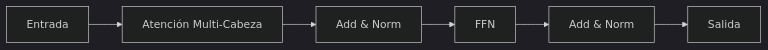
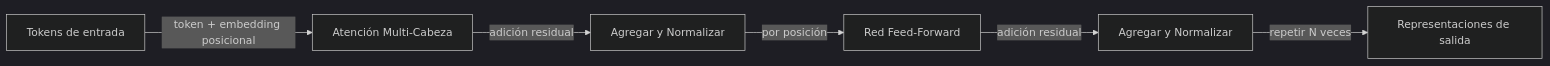
One commit to EmersonBraun/ai-summary-hub changed the diagram in i18n/es/docusaurus-plugin-content-docs/current/transformers/index.md. Above: the diagram before and after it, drawn with Mermaid (dark theme). The commit also changed other lines of this file and 242 other files, not shown here.

````diff
--- a/i18n/es/docusaurus-plugin-content-docs/current/transformers/index.md
+++ b/i18n/es/docusaurus-plugin-content-docs/current/transformers/index.md
@@ -23,8 +21,8 @@
 ```mermaid
 flowchart LR
-  A[Entrada] --> B[Atención Multi-Cabeza]
-  B --> C[Add & Norm]
-  C --> D[FFN]
-  D --> E[Add & Norm]
-  E --> F[Salida]
+  A[Tokens de entrada] -->|token + embedding posicional| B[Atención Multi-Cabeza]
+  B -->|adición residual| C[Agregar y Normalizar]
+  C -->|por posición| D[Red Feed-Forward]
+  D -->|adición residual| E[Agregar y Normalizar]
+  E -->|repetir N veces| F[Representaciones de salida]
 ```
````
